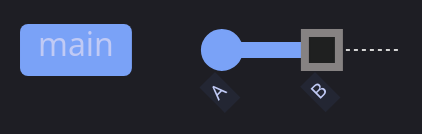
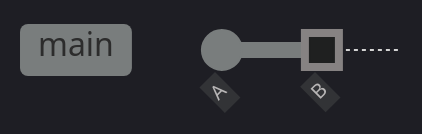
Before and after one commit to alp78/elysium: the ninth of 9 diagrams in content/08-Git/git-branching-and-merging.md, drawn with Mermaid. The commit also changed other lines of this file and 55 other files, not shown here.

````diff
--- a/content/08-Git/git-branching-and-merging.md
+++ b/content/08-Git/git-branching-and-merging.md
@@ -629,24 +534,6 @@
 ```mermaid
-%%{init: {'theme': 'dark', 'themeVariables': {
-  'git0': '#7aa2f7',
-  'git1': '#9ece6a',
-  'git2': '#e0af68',
-  'git3': '#f7768e',
-  'git4': '#bb9af7',
-  'git5': '#7dcfff',
-  'git6': '#73daca',
-  'git7': '#ff9e64',
-  'gitBranchLabel0': '#c0caf5',
-  'gitBranchLabel1': '#c0caf5',
-  'gitBranchLabel2': '#c0caf5',
-  'gitBranchLabel3': '#c0caf5',
-  'commitLabelColor': '#c0caf5',
-  'commitLabelBackground': '#292e42',
-  'tagLabelColor': '#c0caf5',
-  'tagLabelBackground': '#292e42',
-  'tagLabelBorder': '#565f89'
-}}}%%
+%%{init: {'theme': 'dark', 'gitGraph': {'mainBranchName': 'main'}} }%%
 gitGraph
   commit id: "A"
   commit id: "B" type: HIGHLIGHT
 ```
````
